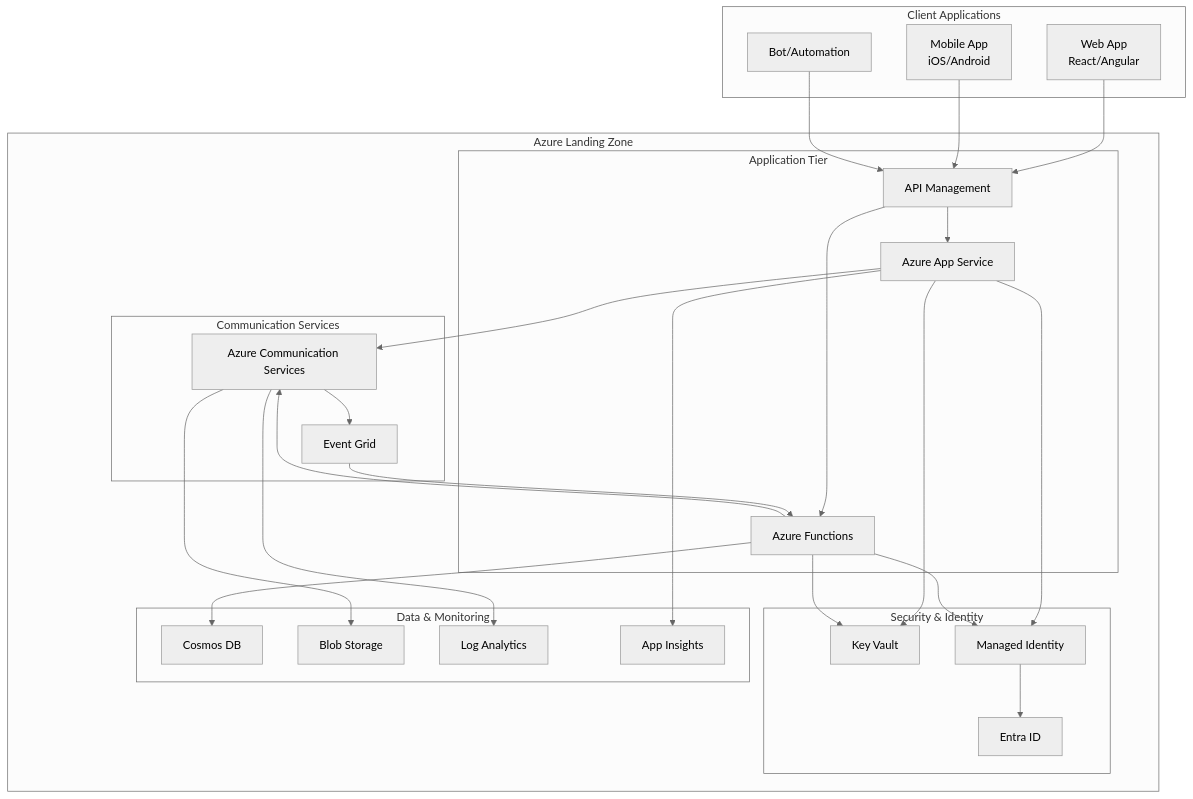
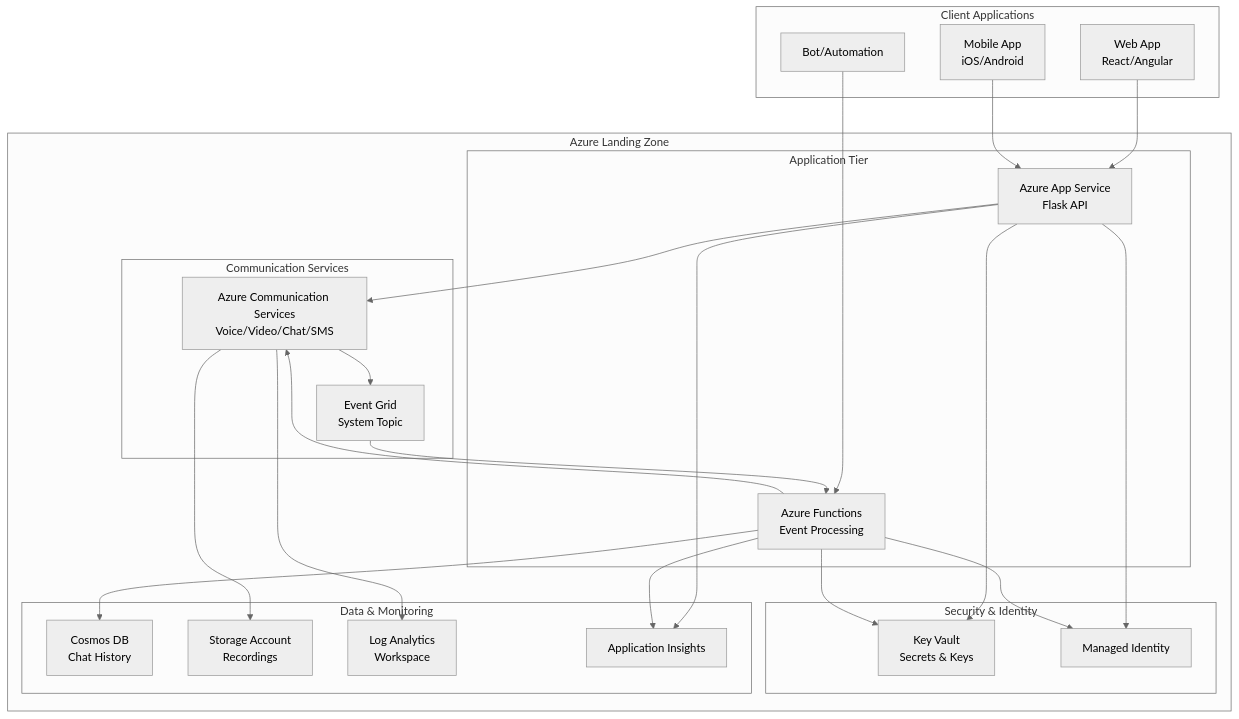
The diagram in README.md (StormyDevil/azure-communication-services-reference), drawn with Mermaid before and after one commit. The commit also changed other lines of this file and 4 other files, not shown here.

First line of the commit message:
docs: Update README and architecture diagrams

````diff
--- a/README.md
+++ b/README.md
@@ -29,54 +29,50 @@
 ```mermaid
 %%{init: {'theme':'neutral'}}%%
 graph TB
     subgraph "Client Applications"
         WEB[Web App<br/>React/Angular]
         MOB[Mobile App<br/>iOS/Android]
         BOT[Bot/Automation]
     end
     
     subgraph "Azure Landing Zone"
         subgraph "Application Tier"
-            APPSVC[Azure App Service]
-            FUNC[Azure Functions]
-            APIM[API Management]
+            APPSVC[Azure App Service<br/>Flask API]
+            FUNC[Azure Functions<br/>Event Processing]
         end
         
         subgraph "Communication Services"
-            ACS[Azure Communication Services]
-            EVENTGRID[Event Grid]
+            ACS[Azure Communication Services<br/>Voice/Video/Chat/SMS]
+            EVENTGRID[Event Grid<br/>System Topic]
         end
         
         subgraph "Security & Identity"
-            KV[Key Vault]
+            KV[Key Vault<br/>Secrets & Keys]
             MI[Managed Identity]
-            ENTRA[Entra ID]
         end
         
         subgraph "Data & Monitoring"
-            COSMOS[Cosmos DB]
-            BLOB[Blob Storage]
-            LA[Log Analytics]
-            AI[App Insights]
+            COSMOS[Cosmos DB<br/>Chat History]
+            BLOB[Storage Account<br/>Recordings]
+            LA[Log Analytics<br/>Workspace]
+            AI[Application Insights]
         end
     end
     
-    WEB --> APIM
-    MOB --> APIM
-    BOT --> APIM
-    APIM --> APPSVC
-    APIM --> FUNC
+    WEB --> APPSVC
+    MOB --> APPSVC
+    BOT --> FUNC
     APPSVC --> ACS
     FUNC --> ACS
     ACS --> EVENTGRID
     EVENTGRID --> FUNC
     APPSVC --> KV
     FUNC --> KV
     APPSVC --> MI
     FUNC --> MI
-    MI --> ENTRA
     FUNC --> COSMOS
     ACS --> BLOB
     ACS --> LA
     APPSVC --> AI
+    FUNC --> AI
 ```
````
